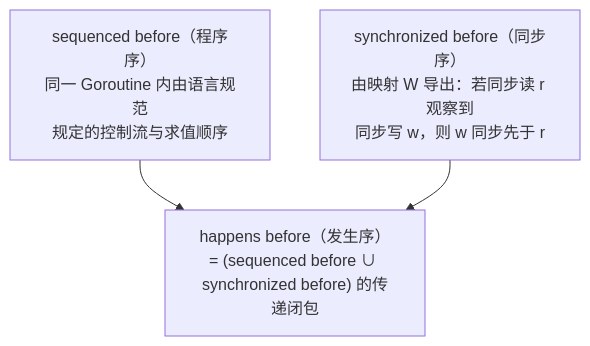
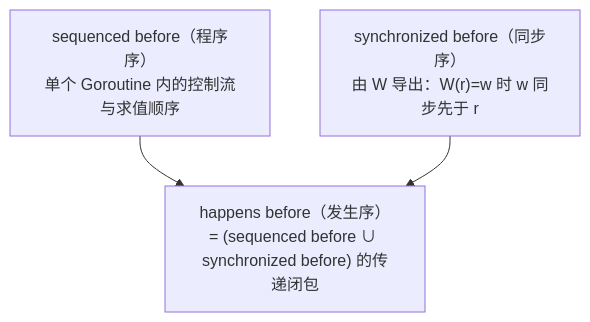
Before and after one commit to golang-design/under-the-hood: the second of 3 diagrams in book/zh-cn/part1basic/ch05sync/mem.md, drawn with Mermaid. The commit also changed other lines of this file, not shown here.

````diff
--- a/book/zh-cn/part1basic/ch05sync/mem.md
+++ b/book/zh-cn/part1basic/ch05sync/mem.md
@@ -155,6 +223,6 @@
-{{< mermaid >}}
+```mermaid
 flowchart TD
-    SB["sequenced before（程序序）<br/>同一 Goroutine 内由语言规范<br/>规定的控制流与求值顺序"] --> HB
-    SYB["synchronized before（同步序）<br/>由映射 W 导出：若同步读 r 观察到<br/>同步写 w，则 w 同步先于 r"] --> HB
+    SB["sequenced before（程序序）<br/>单个 Goroutine 内的控制流与求值顺序"] --> HB
+    SYB["synchronized before（同步序）<br/>由 W 导出：W(r)=w 时 w 同步先于 r"] --> HB
     HB["happens before（发生序）<br/>= (sequenced before ∪ synchronized before) 的传递闭包"]
-{{< /mermaid >}}
+```
````
